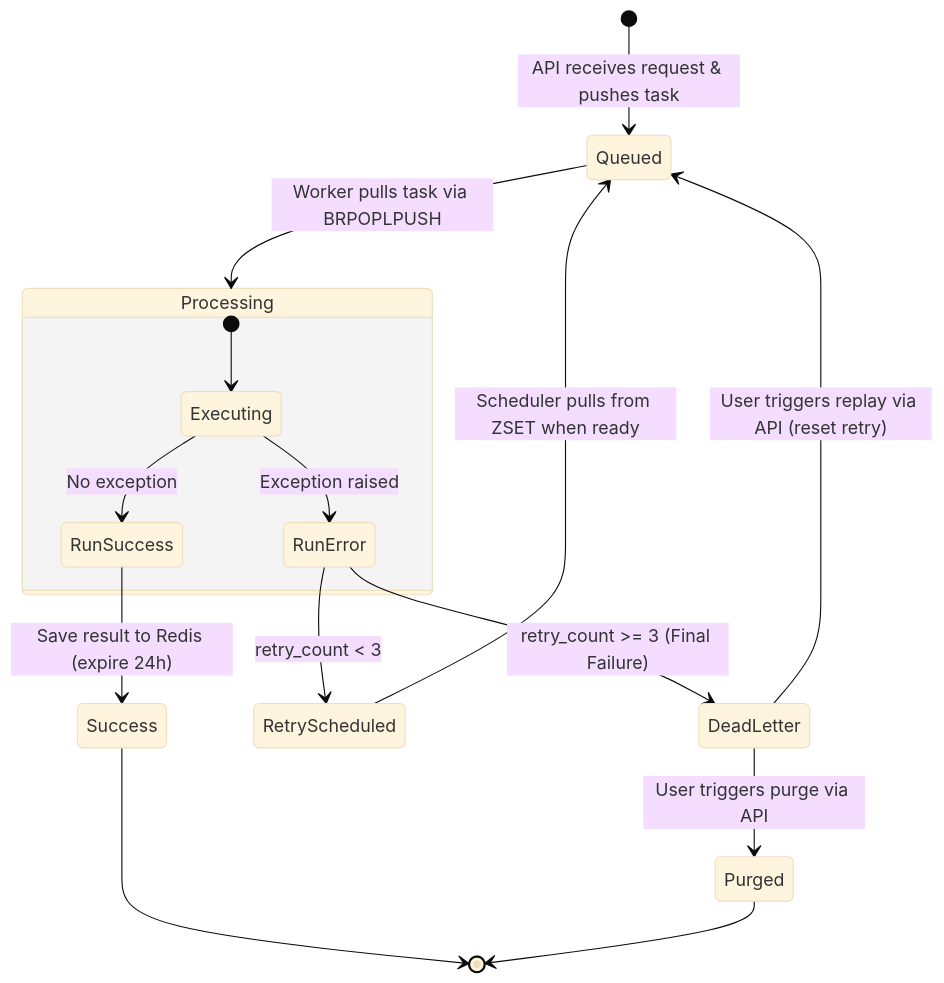
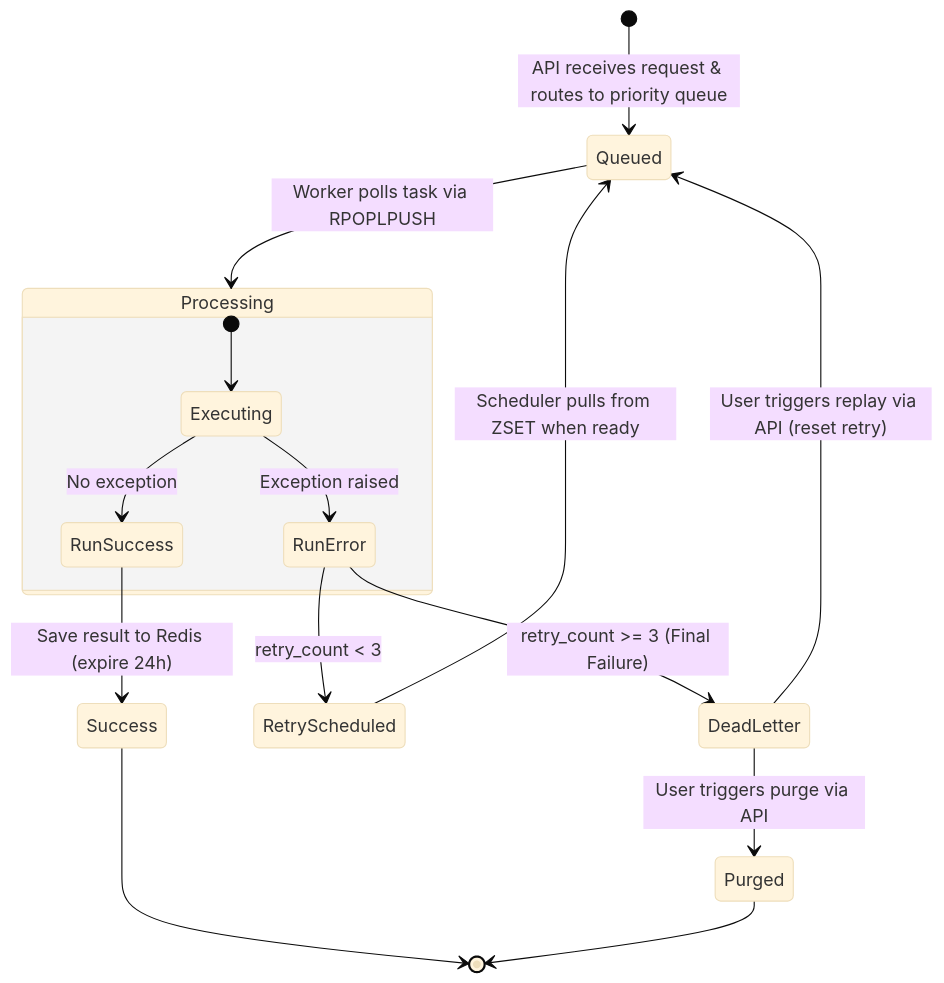
The diagram in ARCHITECTURE.md (vrajpatelm/PyTaskQ), drawn with Mermaid (base theme) before and after one commit. The commit also changed other lines of this file and 14 other files, not shown here.

````diff
--- a/ARCHITECTURE.md
+++ b/ARCHITECTURE.md
@@ -63,22 +69,22 @@
 ```mermaid
 stateDiagram-v2
-    [*] --> Queued : API receives request & pushes task
-    Queued --> Processing : Worker pulls task via BRPOPLPUSH
+    [*] --> Queued : API receives request & routes to priority queue
+    Queued --> Processing : Worker polls task via RPOPLPUSH
     
     state Processing {
         [*] --> Executing
         Executing --> RunSuccess : No exception
         Executing --> RunError : Exception raised
     }
 
     RunSuccess --> Success : Save result to Redis (expire 24h)
     Success --> [*]
 
     RunError --> RetryScheduled : retry_count < 3
     RunError --> DeadLetter : retry_count >= 3 (Final Failure)
 
     RetryScheduled --> Queued : Scheduler pulls from ZSET when ready
     DeadLetter --> Queued : User triggers replay via API (reset retry)
     DeadLetter --> Purged : User triggers purge via API
     Purged --> [*]
 ```
````
